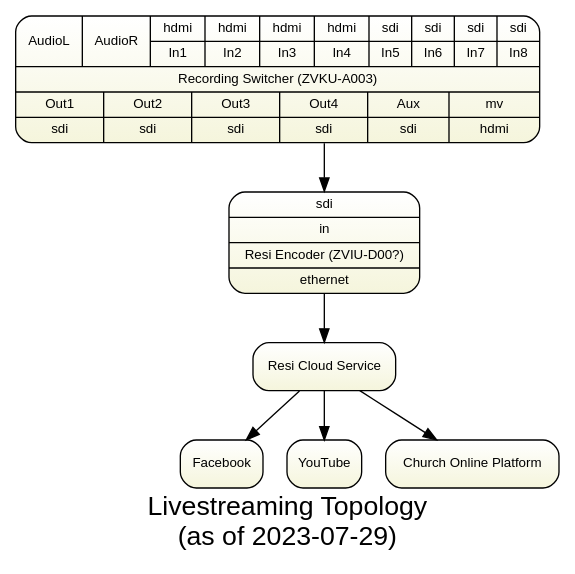
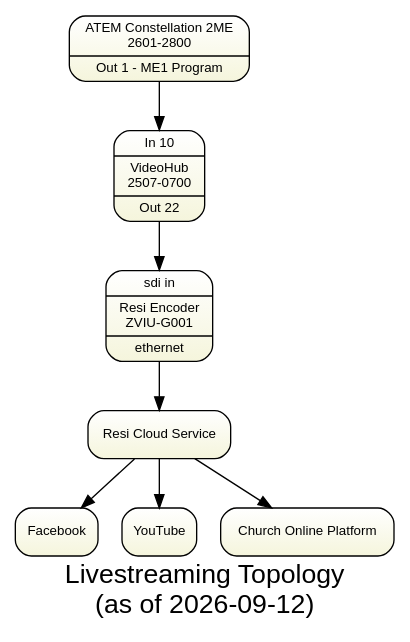
Before and after one commit to avmaint/uactechdoc: the first of 2 diagrams in SystemOperationsVideo.qmd, drawn with Graphviz. The commit also changed other lines of this file, not shown here.

First line of the commit message:
Rewrite SystemOperationsVideo for Stream Deck / ATEM Constellation

````diff
--- a/SystemOperationsVideo.qmd
+++ b/SystemOperationsVideo.qmd
@@ -783,46 +576,29 @@
 ```{dot livestream  }
 //| fig-cap: Livestream
 //| cap-location: bottom
 //| label: fig-livestream
 //| fig-width: 2
 digraph livestreaming { 
   
 graph [overlap = true, fontsize = 20, 
-      label="Livestreaming Topology\n(as of 2023-07-29)",
+      label="Livestreaming Topology\n(as of 2026-09-12)",
       fontname = Helvetica, bgcolor=white
       ]
  
 node [shape = Mrecord style=filled , fillcolor="white:beige"  , fontsize = 10,
       gradientangle=270 fontname = Helvetica ]
 
-rswitch [
-  tooltip="BMD ATEM Television Studio Pro HD"
-
-  label="{
-    {{<al>AudioL}|{<ar>AudioR}|
-      {<i1>hdmi|In1}|{<i2>hdmi|In2}|{<i3>hdmi|In3}|{<i4>hdmi|In4}
-      |{<i5>sdi|In5}|{<i6>sdi|In6}|{<i7>sdi|In7}|{<i8>sdi|In8}}
-      |{Recording Switcher  (ZVKU-A003)}|
-      {{Out1|<o1>sdi}|{Out2|<o2>sdi}|{Out3|<o3>sdi}|{Out4|<o4>sdi}|{Aux|<aux>sdi}|{mv|<mv>hdmi}}
-    }"
-]
-
-resi [
-  label="{
-    <i1>sdi|in
-    |{Resi Encoder (ZVIU-D00?)}
-    |<o1>ethernet
-    }"
-  tooltip="Resi Ray Encoder"
-]
- 
+atem  [label="{ATEM Constellation 2ME\n2601-2800|<pgm>Out 1 - ME1 Program}"]
+hub   [label="{<in>In 10|VideoHub\n2507-0700|<out>Out 22}"]
+resi  [label="{<i1>sdi in|Resi Encoder\nZVIU-G001|<o1>ethernet}"]
 resicloud [label="Resi Cloud Service"] 
  
-rswitch:o4 -> resi:i1 
-resi:o1 -> resicloud
+atem:pgm -> hub:in
+hub:out  -> resi:i1 
+resi:o1  -> resicloud
 resicloud -> Facebook
 resicloud -> YouTube
 resicloud -> "Church Online Platform"
      
 }
 ```
````
